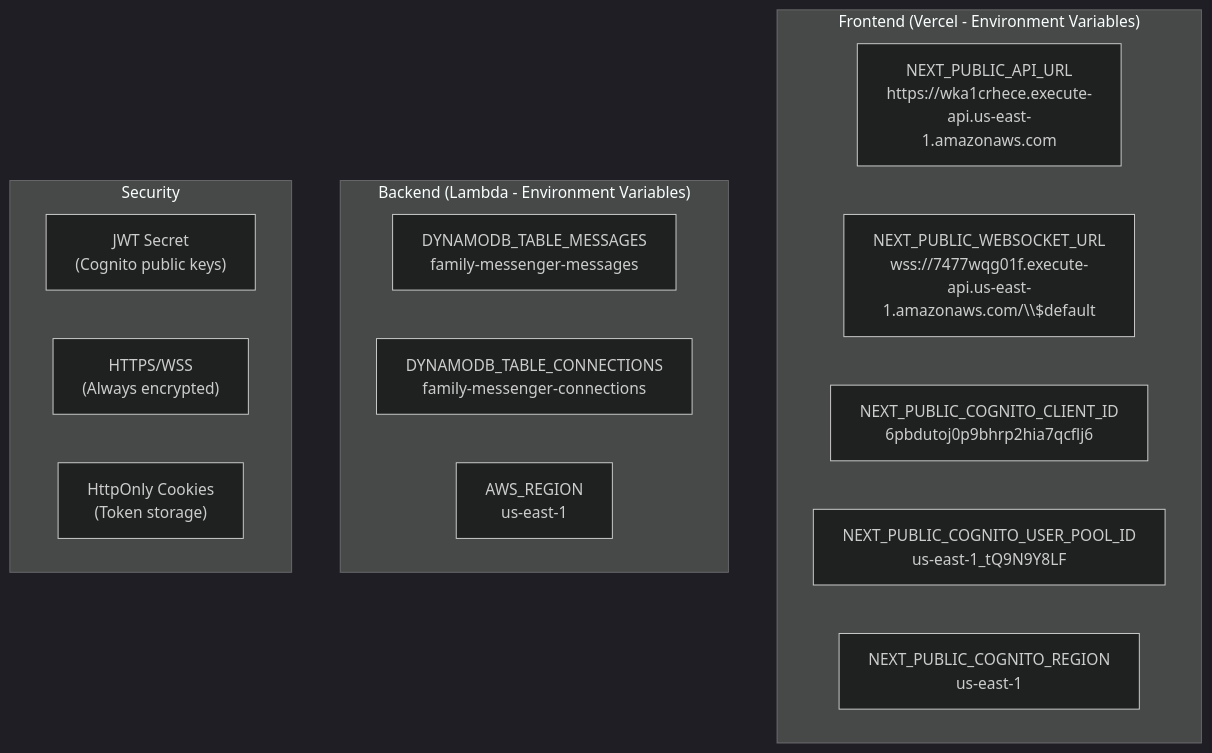
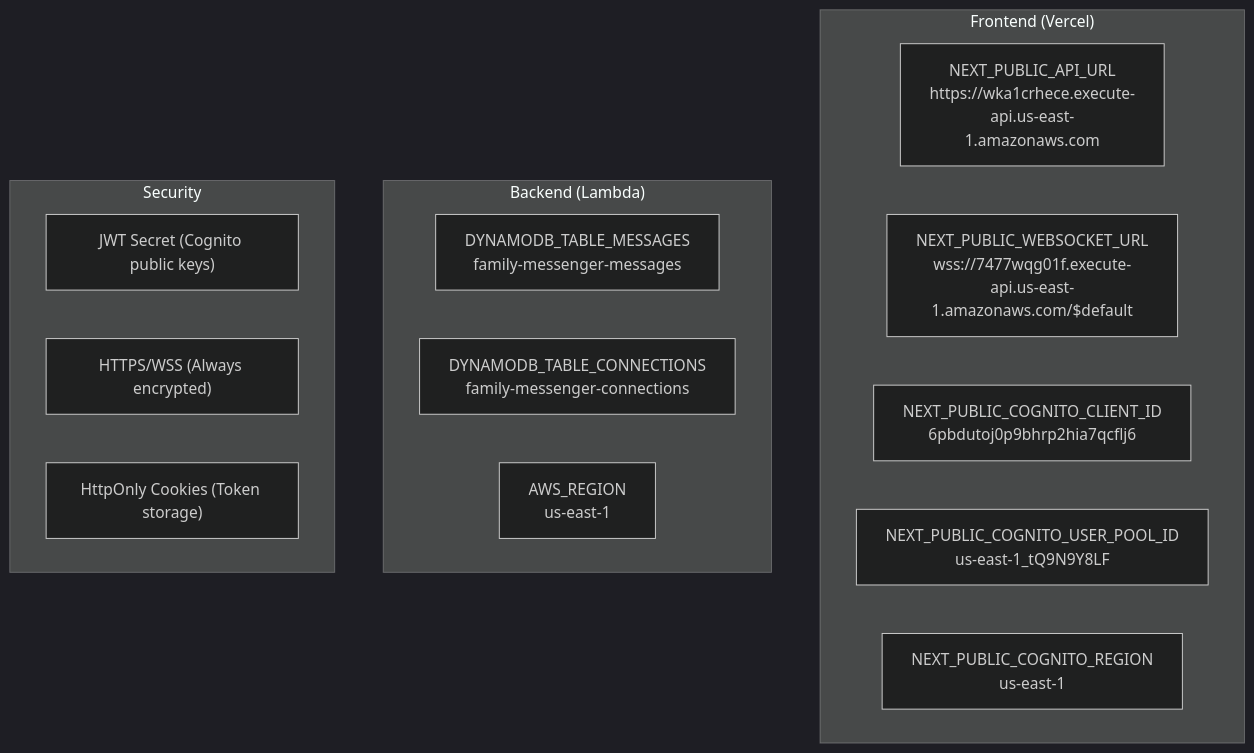
The ninth of 9 diagrams in technical_flow/architecture_diagram.md (sanketkkeni/messenger), drawn with Mermaid (dark theme) before and after one commit. The commit also changed other lines of this file and 2 other files, not shown here.

Commit message:
Fix Mermaid diagrams (remove special chars) and add architecture_diagram.md references

````diff
--- a/technical_flow/architecture_diagram.md
+++ b/technical_flow/architecture_diagram.md
@@ -315,22 +314,22 @@
 ```mermaid
 flowchart TB
-    subgraph FRONTEND_ENV["Frontend (Vercel - Environment Variables)"]
-        API_URL["NEXT_PUBLIC_API_URL\nhttps://wka1crhece.execute-api.us-east-1.amazonaws.com"]
-        WS_URL["NEXT_PUBLIC_WEBSOCKET_URL\nwss://7477wqg01f.execute-api.us-east-1.amazonaws.com/\\$default"]
-        COGNITO_CLIENT["NEXT_PUBLIC_COGNITO_CLIENT_ID\n6pbdutoj0p9bhrp2hia7qcflj6"]
-        COGNITO_POOL["NEXT_PUBLIC_COGNITO_USER_POOL_ID\nus-east-1_tQ9N9Y8LF"]
-        REGION["NEXT_PUBLIC_COGNITO_REGION\nus-east-1"]
+    subgraph FRONTEND_ENV["Frontend (Vercel)"]
+        API_URL["NEXT_PUBLIC_API_URL<br/>https://wka1crhece.execute-api.us-east-1.amazonaws.com"]
+        WS_URL["NEXT_PUBLIC_WEBSOCKET_URL<br/>wss://7477wqg01f.execute-api.us-east-1.amazonaws.com/$default"]
+        COGNITO_CLIENT["NEXT_PUBLIC_COGNITO_CLIENT_ID<br/>6pbdutoj0p9bhrp2hia7qcflj6"]
+        COGNITO_POOL["NEXT_PUBLIC_COGNITO_USER_POOL_ID<br/>us-east-1_tQ9N9Y8LF"]
+        REGION["NEXT_PUBLIC_COGNITO_REGION<br/>us-east-1"]
     end
 
-    subgraph BACKEND_ENV["Backend (Lambda - Environment Variables)"]
-        DDB_MESSAGES["DYNAMODB_TABLE_MESSAGES\nfamily-messenger-messages"]
-        DDB_CONNECTIONS["DYNAMODB_TABLE_CONNECTIONS\nfamily-messenger-connections"]
-        AWS_REGION["AWS_REGION\nus-east-1"]
+    subgraph BACKEND_ENV["Backend (Lambda)"]
+        DDB_MESSAGES["DYNAMODB_TABLE_MESSAGES<br/>family-messenger-messages"]
+        DDB_CONNECTIONS["DYNAMODB_TABLE_CONNECTIONS<br/>family-messenger-connections"]
+        AWS_REGION["AWS_REGION<br/>us-east-1"]
     end
 
     subgraph SECRETS["Security"]
-        JWT_SECRET["JWT Secret\n(Cognito public keys)"]
-        HTTPS["HTTPS/WSS\n(Always encrypted)"]
-        HttpOnly["HttpOnly Cookies\n(Token storage)"]
+        JWT_SECRET["JWT Secret (Cognito public keys)"]
+        HTTPS["HTTPS/WSS (Always encrypted)"]
+        HttpOnly["HttpOnly Cookies (Token storage)"]
     end
 ```
````
